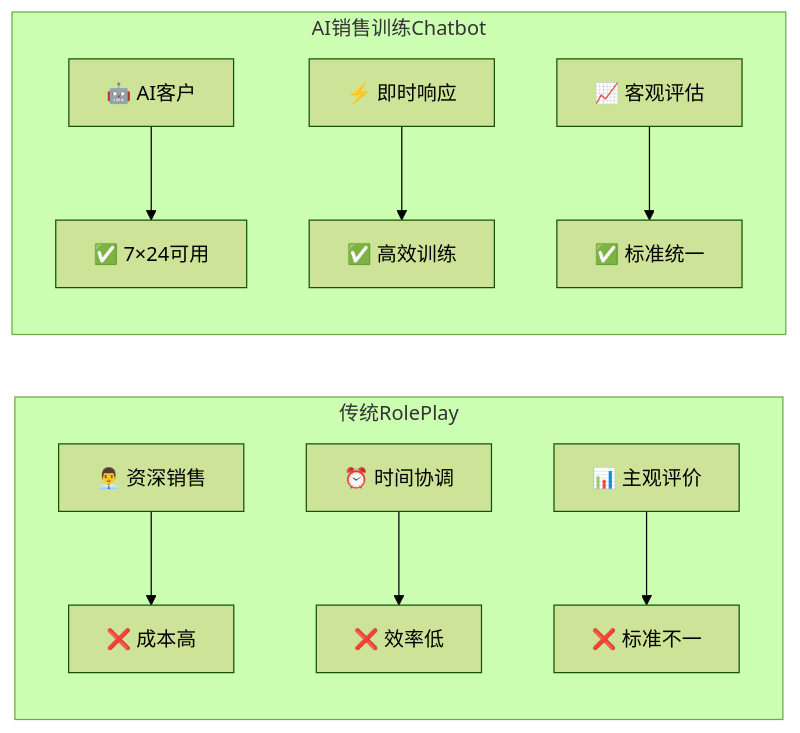
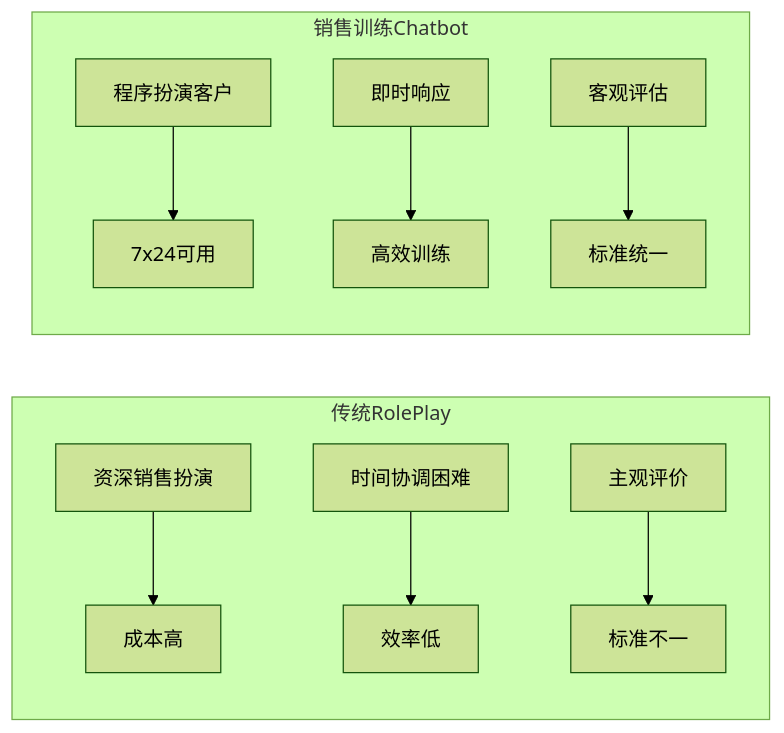
One commit to xt765/UMU-Sales-Trainer changed the first of 15 diagrams in README.md. Above: the diagram before and after it, drawn with Mermaid (forest theme). The commit also changed other lines of this file and 3 other files, not shown here.

Commit message:
docs: 修复技术栈全景图布局 - 子图垂直堆叠 + 去除emoji

````diff
--- a/README.md
+++ b/README.md
@@ -51,14 +51,14 @@
 ```mermaid
 flowchart LR
     subgraph 传统RolePlay
-        A1[👨‍💼 资深销售] --> B1[❌ 成本高]
-        A2[⏰ 时间协调] --> B2[❌ 效率低]
-        A3[📊 主观评价] --> B3[❌ 标准不一]
+        A1[资深销售扮演] --> B1[成本高]
+        A2[时间协调困难] --> B2[效率低]
+        A3[主观评价] --> B3[标准不一]
     end
     
-    subgraph AI销售训练Chatbot
-        C1[🤖 AI客户] --> D1[✅ 7×24可用]
-        C2[⚡ 即时响应] --> D2[✅ 高效训练]
-        C3[📈 客观评估] --> D3[✅ 标准统一]
+    subgraph 销售训练Chatbot
+        C1[程序扮演客户] --> D1[7x24可用]
+        C2[即时响应] --> D2[高效训练]
+        C3[客观评估] --> D3[标准统一]
     end
 ```
````
